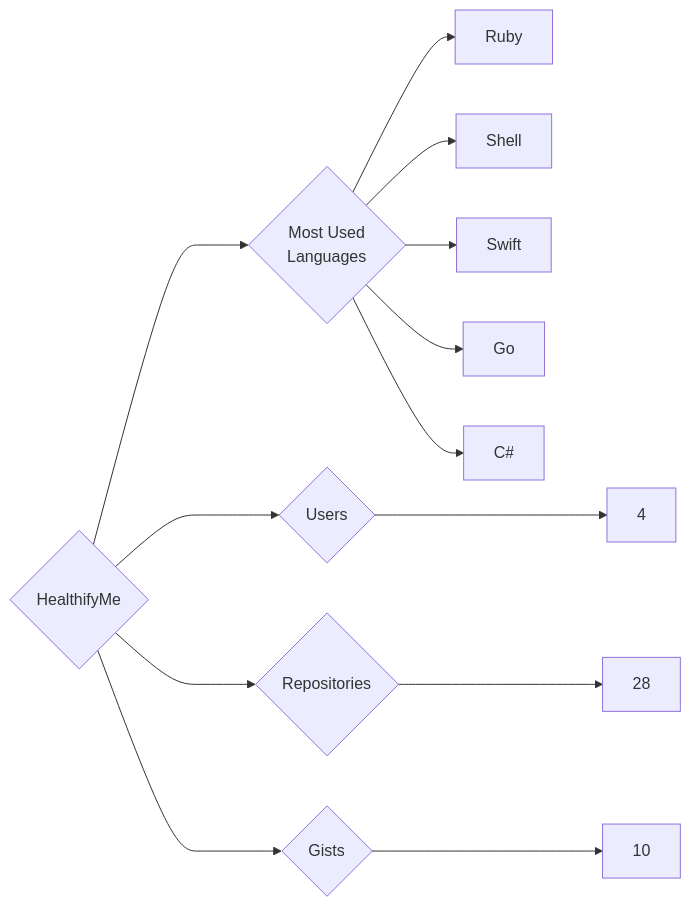
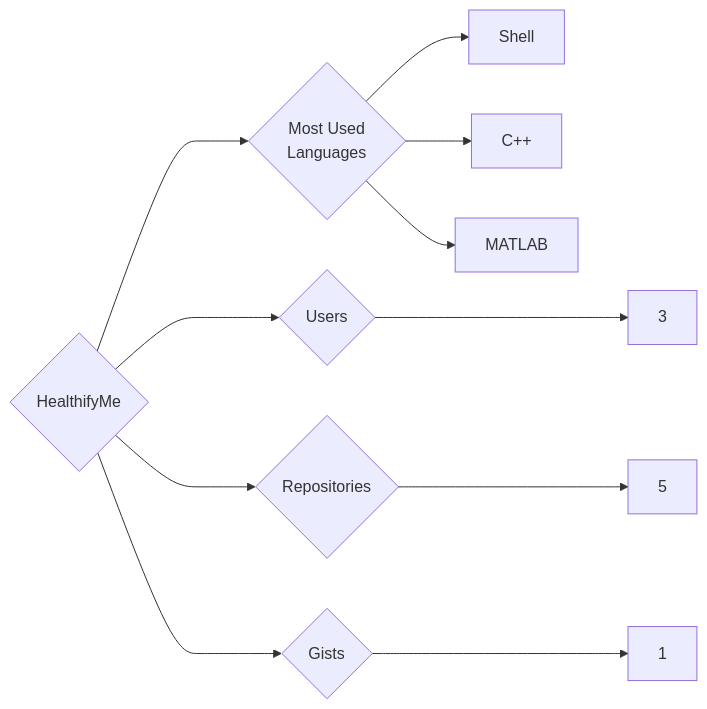
One commit to trickest/insiders changed the diagram in targets/HealthifyMe/README.md. Above: the diagram before and after it, drawn with Mermaid. The commit also changed 618 other files, not shown here.

````diff
--- a/targets/HealthifyMe/README.md
+++ b/targets/HealthifyMe/README.md
@@ -3,13 +3,11 @@
 ```mermaid
 graph LR
 COMPANY_NAME{HealthifyMe}
-COMPANY_NAME ---> U{Users} ---> UN[4]
-COMPANY_NAME ---> R{Repositories} ---> RN[28]
-COMPANY_NAME ---> G{Gists} ---> GN[10]
+COMPANY_NAME ---> U{Users} ---> UN[3]
+COMPANY_NAME ---> R{Repositories} ---> RN[5]
+COMPANY_NAME ---> G{Gists} ---> GN[1]
 COMPANY_NAME ---> ML{Most Used<br>Languages}
-ML --> Ruby[Ruby]
 ML --> Shell[Shell]
-ML --> Swift[Swift]
-ML --> Go[Go]
-ML --> C#[C#]
+ML --> C++[C++]
+ML --> MATLAB[MATLAB]
 ```
````
